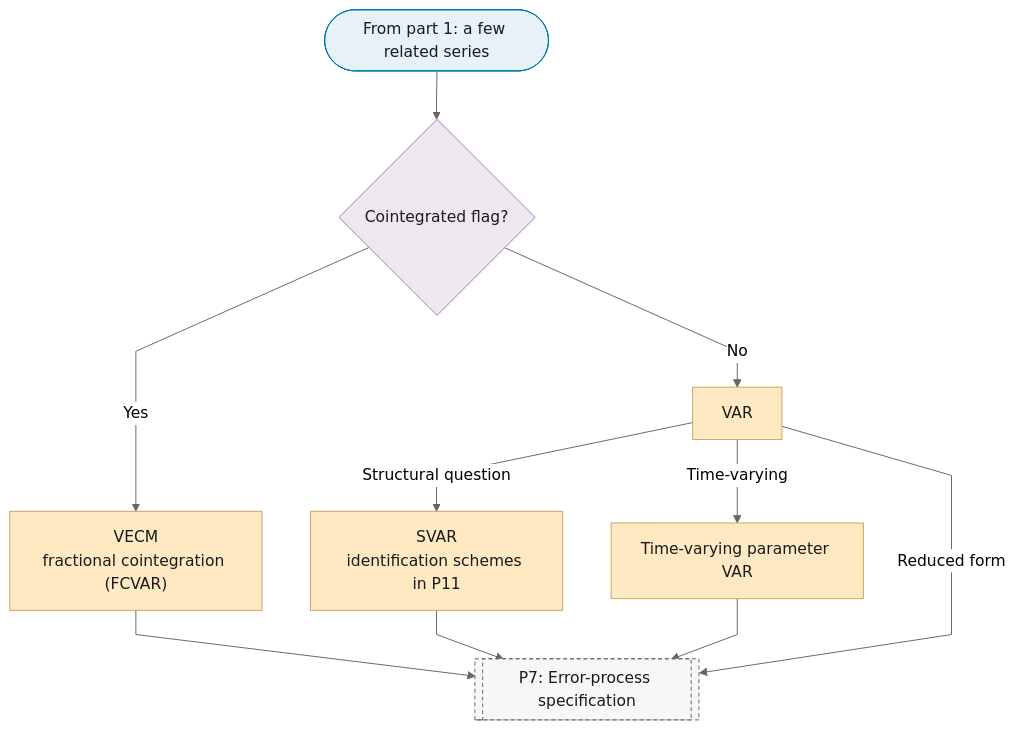
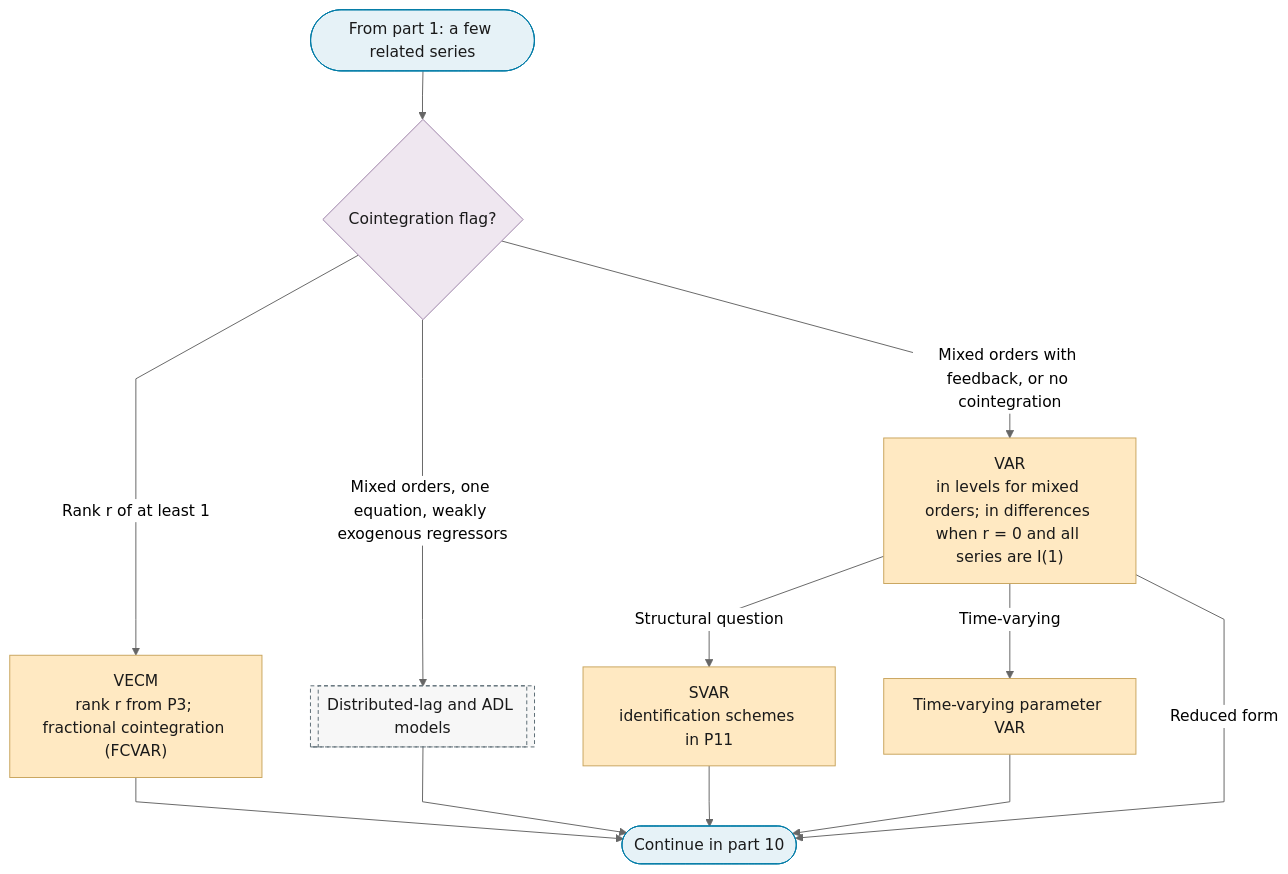
Before and after one commit to Shuxin-Y/time-series-analysis-manual: the second of 10 diagrams in docs/01-workflow/p06-mean-model-class.md, drawn with Mermaid (neutral theme). The commit also changed other lines of this file and 7 other files, not shown here.

````diff
--- a/docs/01-workflow/p06-mean-model-class.md
+++ b/docs/01-workflow/p06-mean-model-class.md
@@ -49,23 +45,24 @@
 ```mermaid
 %%{init: {"flowchart": {"curve": "linear"}}}%%
 graph TD
-    P6_PART_2_IN(["From part 1: a few related series"]) --> P6_COINTEGRATED{"Cointegrated flag?"}
-    P6_COINTEGRATED -->|"Yes"| P6_VECM["VECM<br/>fractional cointegration (FCVAR)"]
-    P6_COINTEGRATED -->|"No"| P6_VAR["VAR"]
+    P6_PART_2_IN(["From part 1: a few related series"]) --> P6_COINTEGRATED{"Cointegration flag?"}
+    P6_COINTEGRATED -->|"Rank r of at least 1"| P6_VECM["VECM<br/>rank r from P3; fractional cointegration (FCVAR)"]
+    P6_COINTEGRATED -->|"Mixed orders, one equation, weakly exogenous regressors"| P6_DYNAMIC_REGRESSION[["Distributed-lag and ADL models"]]
+    P6_COINTEGRATED -->|"Mixed orders with feedback, or no cointegration"| P6_VAR["VAR<br/>in levels for mixed orders; in differences when r = 0 and all series are I(1)"]
     P6_VAR -->|"Structural question"| P6_SVAR["SVAR<br/>identification schemes in P11"]
     P6_VAR -->|"Time-varying"| P6_TVP_VAR["Time-varying parameter VAR"]
-    P6_VAR -->|"Reduced form"| P7
-    P6_VECM & P6_SVAR & P6_TVP_VAR --> P7[["P7: Error-process specification"]]
+    P6_VAR -->|"Reduced form"| P6_PART_2_OUT
+    P6_VECM & P6_SVAR & P6_TVP_VAR & P6_DYNAMIC_REGRESSION --> P6_PART_2_OUT(["Continue in part 10"])
     class P6_VECM,P6_VAR,P6_SVAR,P6_TVP_VAR escalate
-    class P6_PART_2_IN terminator
+    class P6_PART_2_IN,P6_PART_2_OUT terminator
     class P6_COINTEGRATED decision
-    class P7 ref
+    class P6_DYNAMIC_REGRESSION ref
     classDef terminator fill:#E6F2F7,stroke:#007BA7,color:#1A1A1A;
     classDef process fill:#FFFFFF,stroke:#5A6B73,color:#1A1A1A;
     classDef decision fill:#EFE7F0,stroke:#9B7FA7,color:#1A1A1A;
     classDef data fill:#FFF4E0,stroke:#C9A55E,color:#1A1A1A;
     classDef good fill:#DCEFD8,stroke:#4A7A3F,color:#1A1A1A;
     classDef escalate fill:#FFE9C2,stroke:#C9A55E,color:#1A1A1A;
     classDef problem fill:#F2D9DE,stroke:#800020,color:#1A1A1A;
     classDef ref fill:#F7F7F7,stroke:#5A6B73,color:#1A1A1A,stroke-dasharray:4 3;
 ```
````
